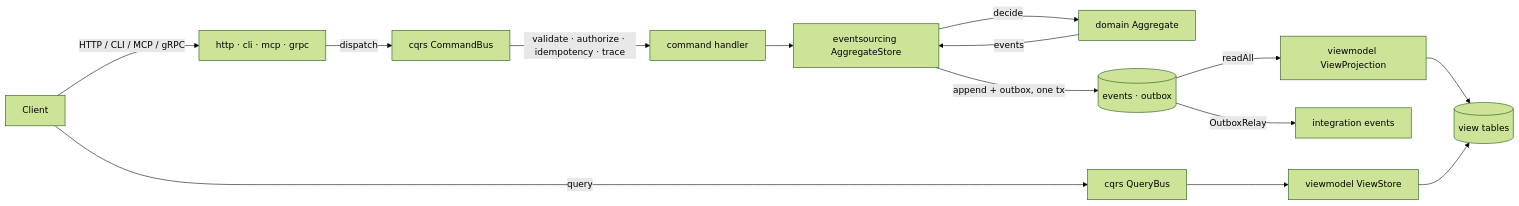
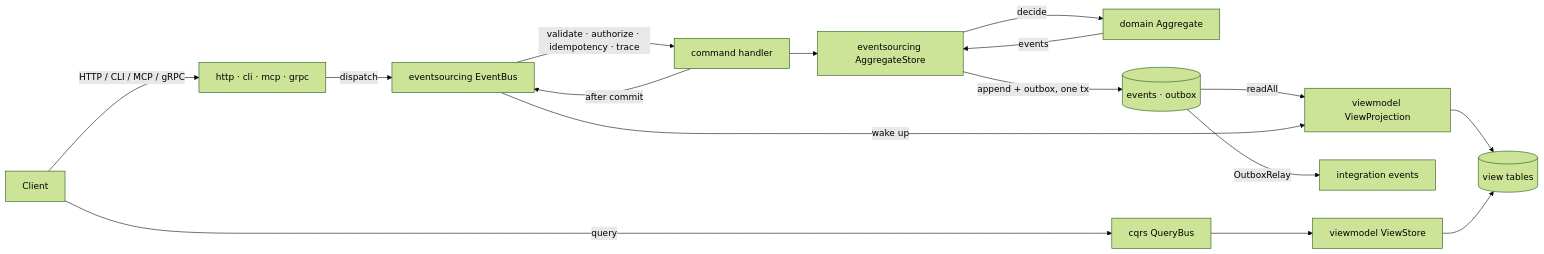
Before and after one commit to Ligerian-labs/structure: the first of 2 diagrams in docs/architecture.md, drawn with Mermaid (forest theme). The commit also changed other lines of this file and 17 other files, not shown here.

Commit message:
feat(eventsourcing): wake projections through commit notifications (#102)

````diff
--- a/docs/architecture.md
+++ b/docs/architecture.md
@@ -7,16 +7,18 @@
 ```mermaid
 flowchart LR
     Client -->|HTTP / CLI / MCP / gRPC| Edge[http · cli · mcp · grpc]
     Edge -->|dispatch| Bus[cqrs CommandBus]
     Bus -->|validate · authorize · idempotency · trace| Handler[command handler]
     Handler --> AS[eventsourcing AggregateStore]
     AS -->|decide| Agg[domain Aggregate]
     Agg -->|events| AS
     AS -->|append + outbox, one tx| Store[(events · outbox)]
     Store -->|readAll| Proj[viewmodel ViewProjection]
+    Handler -->|after commit| Bus[eventsourcing EventBus]
+    Bus -->|wake up| Proj
     Proj --> View[(view tables)]
     Store -->|OutboxRelay| Broker[integration events]
     Client -->|query| QBus[cqrs QueryBus]
     QBus --> ViewStore[viewmodel ViewStore]
     ViewStore --> View
 ```
````
